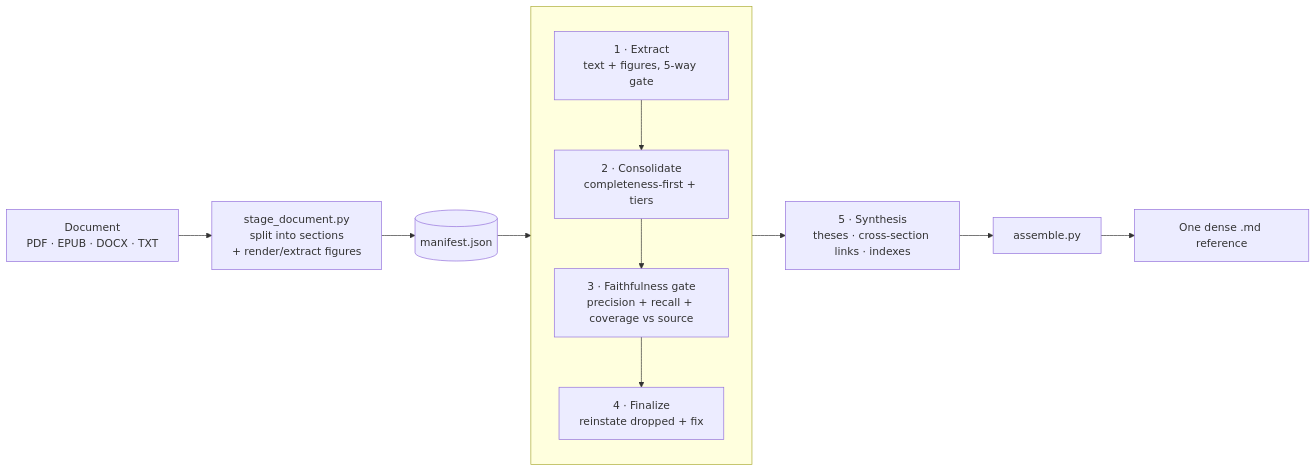
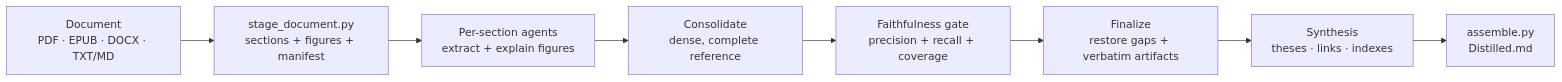
The first of 2 diagrams in README.md (sirouk/deep-distill), drawn with Mermaid before and after one commit. The commit also changed other lines of this file and 9 other files, not shown here.

````diff
--- a/README.md
+++ b/README.md
@@ -38,14 +42,10 @@
 ```mermaid
 flowchart LR
-    A[Document<br/>PDF · EPUB · DOCX · TXT] --> B[stage_document.py<br/>split into sections<br/>+ render/extract figures]
-    B --> M[(manifest.json)]
-    M --> W{{federated workflow<br/>per section, pipelined}}
-    subgraph W [ ]
-      direction TB
-      E[1 · Extract<br/>text + figures, 5-way gate] --> C[2 · Consolidate<br/>completeness-first + tiers]
-      C --> V[3 · Faithfulness gate<br/>precision + recall + coverage vs source]
-      V --> F[4 · Finalize<br/>reinstate dropped + fix]
-    end
-    W --> S[5 · Synthesis<br/>theses · cross-section links · indexes]
-    S --> AS[assemble.py] --> O[One dense .md reference]
+    A[Document<br/>PDF · EPUB · DOCX · TXT/MD] --> B[stage_document.py<br/>sections + figures + manifest]
+    B --> C[Per-section agents<br/>extract + explain figures]
+    C --> D[Consolidate<br/>dense, complete reference]
+    D --> E[Faithfulness gate<br/>precision + recall + coverage]
+    E --> F[Finalize<br/>restore gaps + verbatim artifacts]
+    F --> G[Synthesis<br/>theses · links · indexes]
+    G --> H[assemble.py<br/>Distilled.md]
 ```
````
